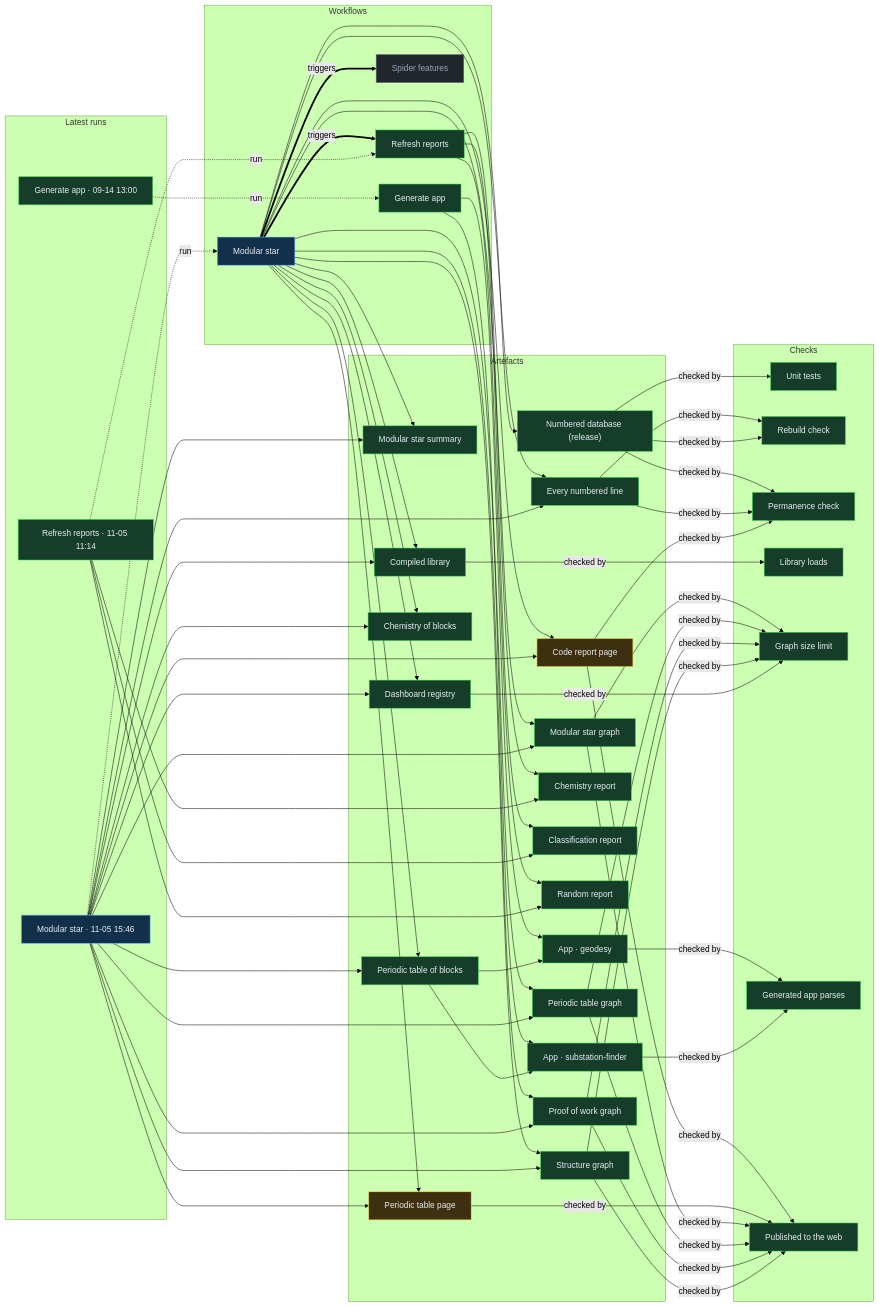
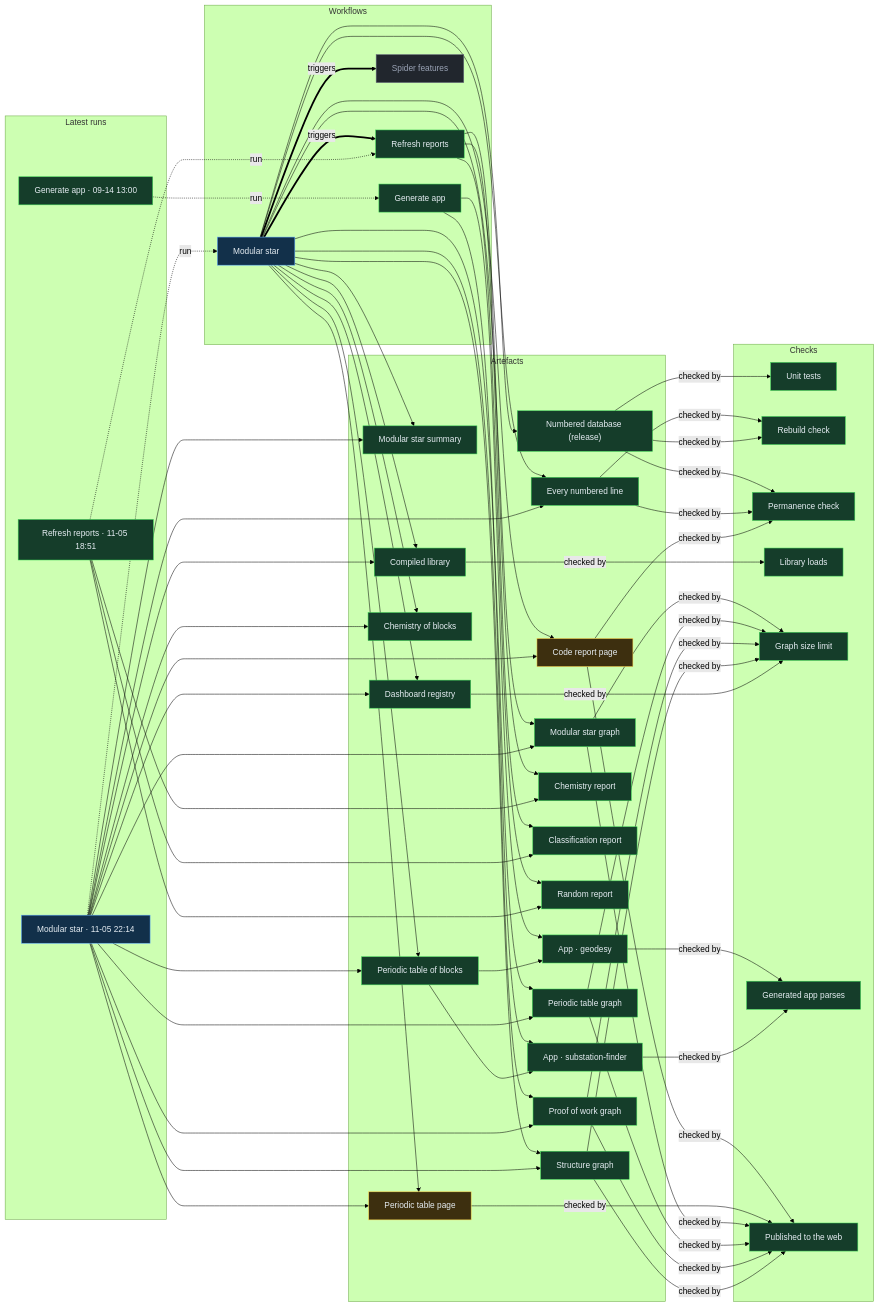
Before and after one commit to Ventusltd/stars: the diagram in proof/PROOF.md, drawn with Mermaid (forest theme). The commit also changed other lines of this file and 49 other files, not shown here.

Commit message:
Modular star 2026-11-05T22:17Z

```diff
--- a/proof/PROOF.md
+++ b/proof/PROOF.md
@@ -24,8 +24,8 @@
   n_wf_spider_features["Spider features"]:::off
   end
   subgraph g_runs["Latest runs"]
-  n_run_42058439284["Modular star · 11-05 15:46"]:::live
-  n_run_42017339295["Refresh reports · 11-05 11:14"]:::ok
+  n_run_42119822960["Modular star · 11-05 22:14"]:::live
+  n_run_42088235006["Refresh reports · 11-05 18:51"]:::ok
   n_run_34846587798["Generate app · 09-14 13:00"]:::ok
   end
   subgraph g_artefacts["Artefacts"]
@@ -59,39 +59,39 @@
   end
   n_wf_modular_star == triggers ==> n_wf_refresh
   n_wf_modular_star == triggers ==> n_wf_spider_features
-  n_run_42058439284 -. run .-> n_wf_modular_star
-  n_run_42017339295 -. run .-> n_wf_refresh
+  n_run_42119822960 -. run .-> n_wf_modular_star
+  n_run_42088235006 -. run .-> n_wf_refresh
   n_run_34846587798 -. run .-> n_wf_generate
   n_wf_modular_star --> n_art_summary
-  n_run_42058439284 --> n_art_summary
+  n_run_42119822960 --> n_art_summary
   n_wf_modular_star --> n_art_lines
-  n_run_42058439284 --> n_art_lines
+  n_run_42119822960 --> n_art_lines
   n_wf_modular_star --> n_art_code
-  n_run_42058439284 --> n_art_code
+  n_run_42119822960 --> n_art_code
   n_wf_modular_star --> n_art_modular_graph
-  n_run_42058439284 --> n_art_modular_graph
+  n_run_42119822960 --> n_art_modular_graph
   n_wf_modular_star --> n_art_blocks
-  n_run_42058439284 --> n_art_blocks
+  n_run_42119822960 --> n_art_blocks
   n_wf_modular_star --> n_art_table
-  n_run_42058439284 --> n_art_table
+  n_run_42119822960 --> n_art_table
   n_wf_modular_star --> n_art_blocks_graph
-  n_run_42058439284 --> n_art_blocks_graph
+  n_run_42119822960 --> n_art_blocks_graph
   n_wf_modular_star --> n_art_reactions
-  n_run_42058439284 --> n_art_reactions
+  n_run_42119822960 --> n_art_reactions
   n_wf_modular_star --> n_art_library
-  n_run_42058439284 --> n_art_library
+  n_run_42119822960 --> n_art_library
   n_wf_modular_star --> n_art_features
-  n_run_42058439284 --> n_art_features
+  n_run_42119822960 --> n_art_features
   n_wf_modular_star --> n_art_proof
-  n_run_42058439284 --> n_art_proof
+  n_run_42119822960 --> n_art_proof
   n_wf_modular_star --> n_art_structure
-  n_run_42058439284 --> n_art_structure
+  n_run_42119822960 --> n_art_structure
   n_wf_refresh --> n_art_chemistry
-  n_run_42017339295 --> n_art_chemistry
+  n_run_42088235006 --> n_art_chemistry
   n_wf_refresh --> n_art_vedic
-  n_run_42017339295 --> n_art_vedic
+  n_run_42088235006 --> n_art_vedic
   n_wf_refresh --> n_art_random
-  n_run_42017339295 --> n_art_random
+  n_run_42088235006 --> n_art_random
   n_wf_modular_star --> n_art_release
   n_wf_generate --> n_app_geodesy
   n_art_blocks --> n_app_geodesy
```
